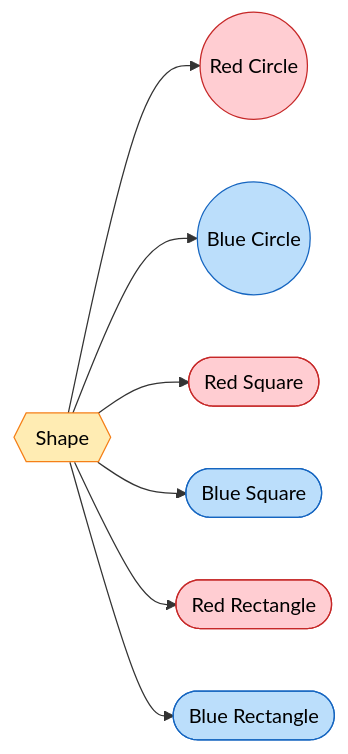
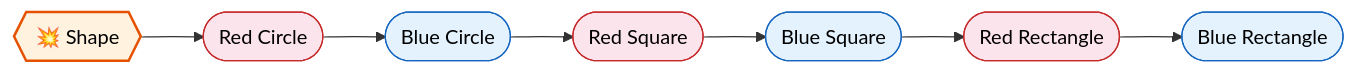
One commit to saivamsikaruturi/vamsilabs-dev-notes-main changed the fourth of 4 diagrams in docs/designpatterns/structuralDesignPatterns/BridgeDesignPattern.md. Above: the diagram before and after it, drawn with Mermaid. The commit also changed other lines of this file and 42 other files, not shown here.

````diff
--- a/docs/designpatterns/structuralDesignPatterns/BridgeDesignPattern.md
+++ b/docs/designpatterns/structuralDesignPatterns/BridgeDesignPattern.md
@@ -114,25 +92,17 @@
 ```mermaid
 flowchart LR
-    Shape{{"Shape"}}
-    RC(("Red Circle"))
-    BC(("Blue Circle"))
-    RS(["Red Square"])
-    BS(["Blue Square"])
-    RR(["Red Rectangle"])
-    BR(["Blue Rectangle"])
+    Shape{{"💥 Shape"}} --> RC(["Red Circle"])
+    RC --> BC(["Blue Circle"])
+    BC --> RS(["Red Square"])
+    RS --> BS(["Blue Square"])
+    BS --> RR(["Red Rectangle"])
+    RR --> BR(["Blue Rectangle"])
 
-    Shape --> RC
-    Shape --> BC
-    Shape --> RS
-    Shape --> BS
-    Shape --> RR
-    Shape --> BR
-
-    style Shape fill:#ffecb3,stroke:#f57f17,color:#000
-    style RC fill:#ffcdd2,stroke:#c62828,color:#000
-    style BC fill:#bbdefb,stroke:#1565c0,color:#000
-    style RS fill:#ffcdd2,stroke:#c62828,color:#000
-    style BS fill:#bbdefb,stroke:#1565c0,color:#000
-    style RR fill:#ffcdd2,stroke:#c62828,color:#000
-    style BR fill:#bbdefb,stroke:#1565c0,color:#000
+    style Shape fill:#FFF3E0,stroke:#E65100,stroke-width:2px,color:#000
+    style RC fill:#FCE4EC,stroke:#C62828,color:#000
+    style BC fill:#E3F2FD,stroke:#1565C0,color:#000
+    style RS fill:#FCE4EC,stroke:#C62828,color:#000
+    style BS fill:#E3F2FD,stroke:#1565C0,color:#000
+    style RR fill:#FCE4EC,stroke:#C62828,color:#000
+    style BR fill:#E3F2FD,stroke:#1565C0,color:#000
 ```
````
